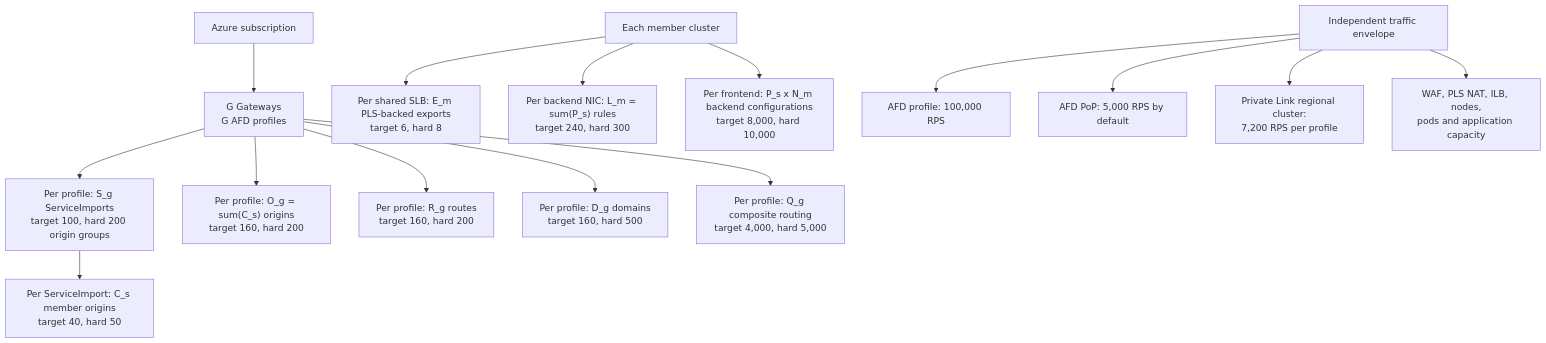
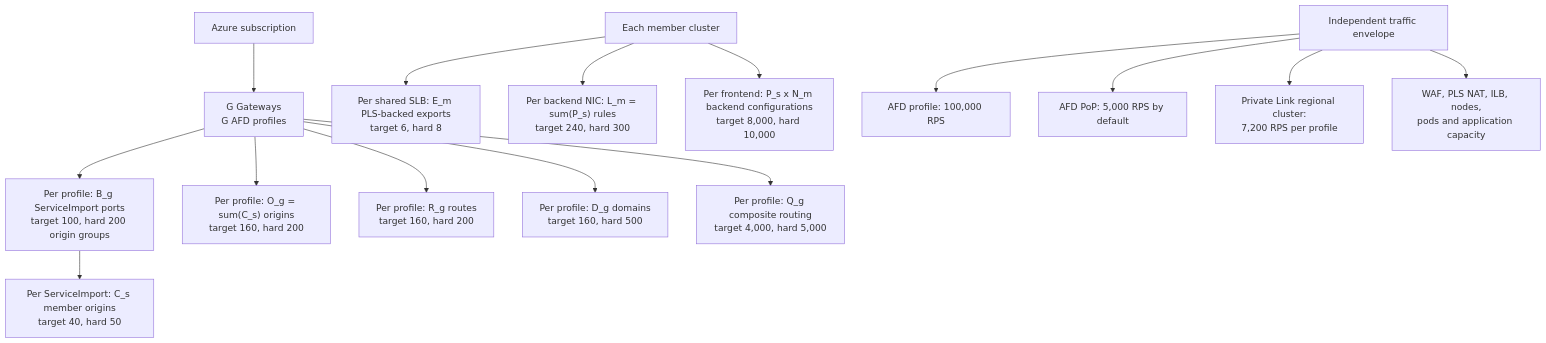
The second of 9 diagrams in docs/design/gep-1748-scale-and-capacity.md (Azure/fleet-networking), drawn with Mermaid before and after one commit. The commit also changed other lines of this file and 11 other files, not shown here.

````diff
--- a/docs/design/gep-1748-scale-and-capacity.md
+++ b/docs/design/gep-1748-scale-and-capacity.md
@@ -159,22 +175,22 @@
 ```mermaid
 flowchart TB
     SUB["Azure subscription"]
     SUB --> G["G Gateways<br/>G AFD profiles"]
-    G --> SG["Per profile: S_g ServiceImports<br/>target 100, hard 200 origin groups"]
+    G --> SG["Per profile: B_g ServiceImport ports<br/>target 100, hard 200 origin groups"]
     G --> OG["Per profile: O_g = sum(C_s) origins<br/>target 160, hard 200"]
     G --> RG["Per profile: R_g routes<br/>target 160, hard 200"]
     G --> DG["Per profile: D_g domains<br/>target 160, hard 500"]
     G --> QG["Per profile: Q_g composite routing<br/>target 4,000, hard 5,000"]
     SG --> CS["Per ServiceImport: C_s member origins<br/>target 40, hard 50"]
 
     MEMBER["Each member cluster"]
     MEMBER --> EM["Per shared SLB: E_m PLS-backed exports<br/>target 6, hard 8"]
     MEMBER --> LM["Per backend NIC: L_m = sum(P_s) rules<br/>target 240, hard 300"]
     MEMBER --> PN["Per frontend: P_s x N_m backend configurations<br/>target 8,000, hard 10,000"]
 
     TRAFFIC["Independent traffic envelope"]
     TRAFFIC --> RPS["AFD profile: 100,000 RPS"]
     TRAFFIC --> POP["AFD PoP: 5,000 RPS by default"]
     TRAFFIC --> PLRPS["Private Link regional cluster:<br/>7,200 RPS per profile"]
     TRAFFIC --> APP["WAF, PLS NAT, ILB, nodes,<br/>pods and application capacity"]
 ```
````
